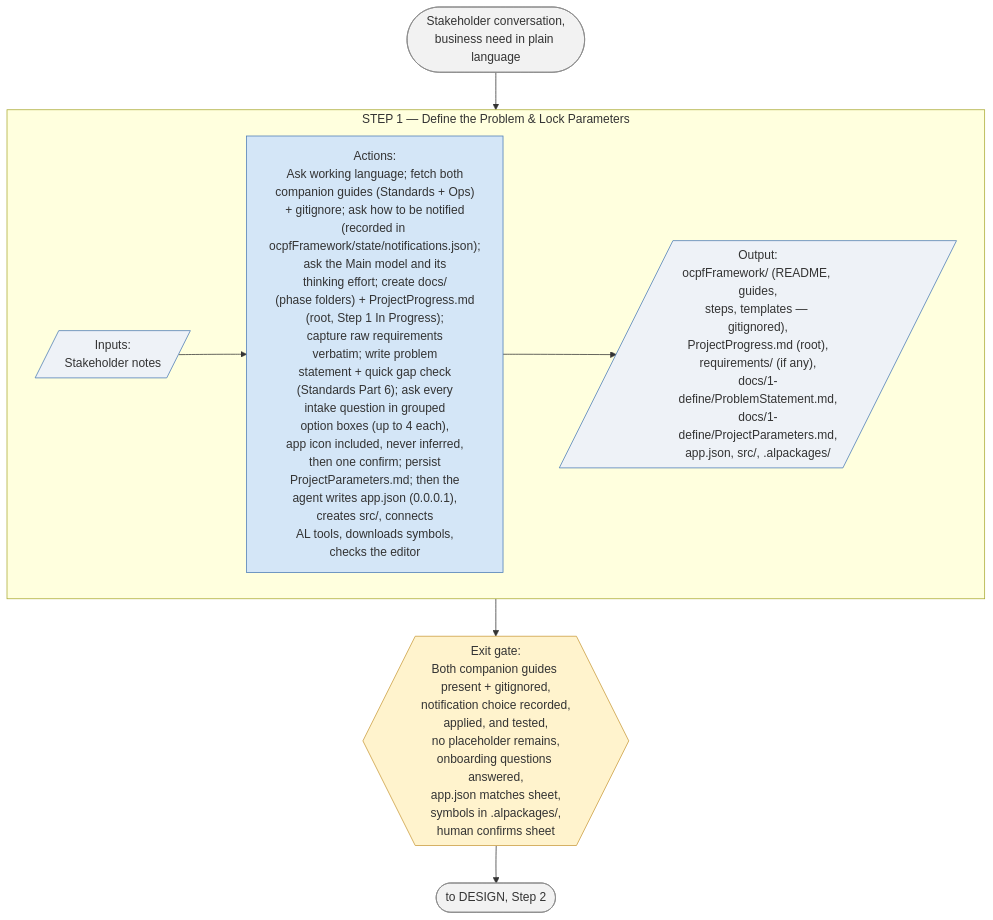
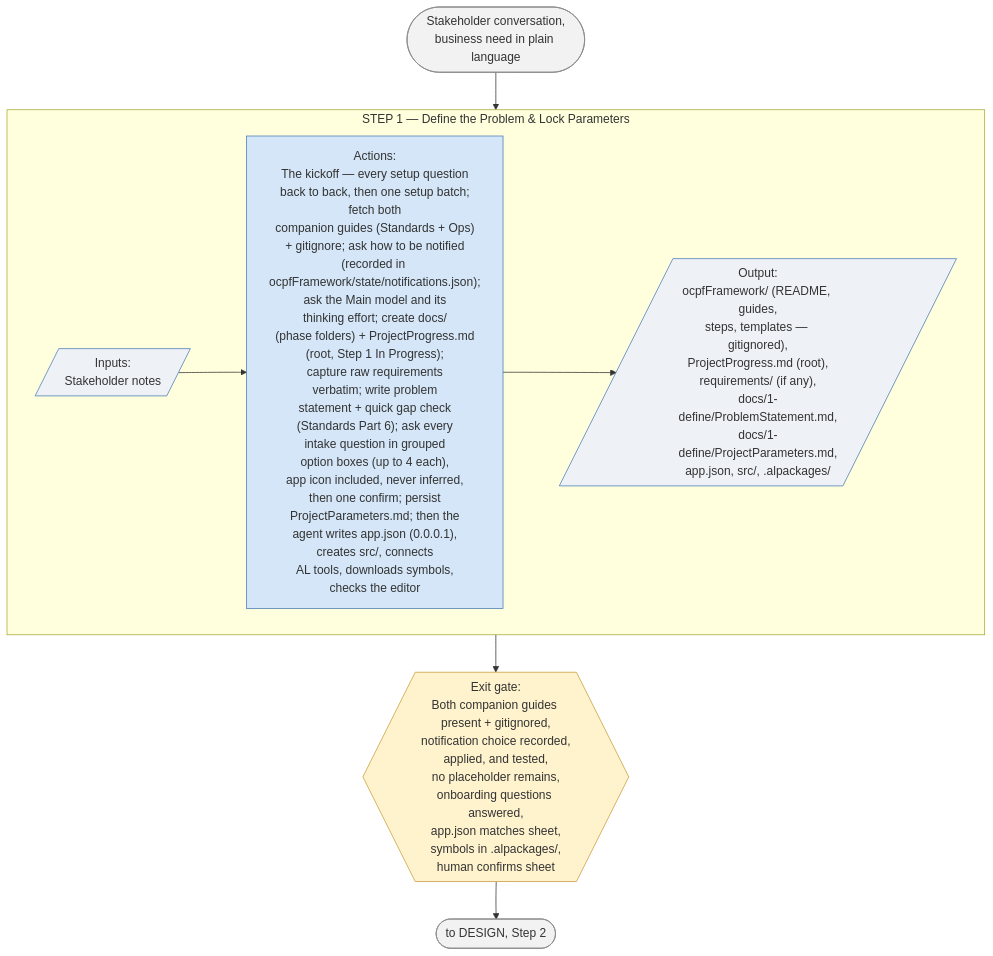
Before and after one commit to ajansari/ocpfBcAgenticDevFramework: the third of 7 diagrams in liteVersion/LITE_RunbookSchematics.md, drawn with Mermaid. The commit also changed 72 other files, not shown here.

````diff
--- a/liteVersion/LITE_RunbookSchematics.md
+++ b/liteVersion/LITE_RunbookSchematics.md
@@ -120,21 +120,21 @@
 ```mermaid
 flowchart TD
     Start(["Stakeholder conversation,<br/>business need in plain language"]) --> S1
 
     subgraph S1["STEP 1 — Define the Problem & Lock Parameters"]
         direction LR
-        In1[/"Inputs:<br/>Stakeholder notes"/] --> Act1["Actions:<br/>Ask working language; fetch both<br/>companion guides (Standards + Ops)<br/>+ gitignore; ask how to be notified<br/>(recorded in ocpfFramework/state/notifications.json);<br/>ask the Main model and its<br/>thinking effort; create docs/<br/>(phase folders) + ProjectProgress.md<br/>(root, Step 1 In Progress);<br/>capture raw requirements<br/>verbatim; write problem<br/>statement + quick gap check<br/>(Standards Part 6); ask every<br/>intake question in grouped<br/>option boxes (up to 4 each),<br/>app icon included, never inferred,<br/>then one confirm; persist<br/>ProjectParameters.md; then the<br/>agent writes app.json (0.0.0.1),<br/>creates src/, connects<br/>AL tools, downloads symbols,<br/>checks the editor"] --> Out1[/"Output:<br/>ocpfFramework/ (README, guides,<br/>steps, templates — gitignored),<br/>ProjectProgress.md (root),<br/>requirements/ (if any),<br/>docs/1-define/ProblemStatement.md,<br/>docs/1-define/ProjectParameters.md,<br/>app.json, src/, .alpackages/"/]
+        In1[/"Inputs:<br/>Stakeholder notes"/] --> Act1["Actions:<br/>The kickoff — every setup question<br/>back to back, then one setup batch;<br/>fetch both<br/>companion guides (Standards + Ops)<br/>+ gitignore; ask how to be notified<br/>(recorded in ocpfFramework/state/notifications.json);<br/>ask the Main model and its<br/>thinking effort; create docs/<br/>(phase folders) + ProjectProgress.md<br/>(root, Step 1 In Progress);<br/>capture raw requirements<br/>verbatim; write problem<br/>statement + quick gap check<br/>(Standards Part 6); ask every<br/>intake question in grouped<br/>option boxes (up to 4 each),<br/>app icon included, never inferred,<br/>then one confirm; persist<br/>ProjectParameters.md; then the<br/>agent writes app.json (0.0.0.1),<br/>creates src/, connects<br/>AL tools, downloads symbols,<br/>checks the editor"] --> Out1[/"Output:<br/>ocpfFramework/ (README, guides,<br/>steps, templates — gitignored),<br/>ProjectProgress.md (root),<br/>requirements/ (if any),<br/>docs/1-define/ProblemStatement.md,<br/>docs/1-define/ProjectParameters.md,<br/>app.json, src/, .alpackages/"/]
     end
     S1 --> Gate1{{"Exit gate:<br/>Both companion guides present + gitignored,<br/>notification choice recorded,<br/>applied, and tested,<br/>no placeholder remains,<br/>onboarding questions answered,<br/>app.json matches sheet,<br/>symbols in .alpackages/,<br/>human confirms sheet"}}
 
     Gate1 --> Next(["to DESIGN, Step 2"])
 
     classDef io fill:#eef2f7,stroke:#4a7ab5,stroke-width:1px;
     classDef act fill:#d4e6f7,stroke:#4a7ab5,stroke-width:1px;
     classDef gate fill:#fff3cd,stroke:#c99a3a,stroke-width:1px;
     classDef endpoint fill:#f2f2f2,stroke:#888,stroke-width:1px;
     class In1,Out1 io;
     class Act1 act;
     class Gate1 gate;
     class Start,Next endpoint;
 ```
````
